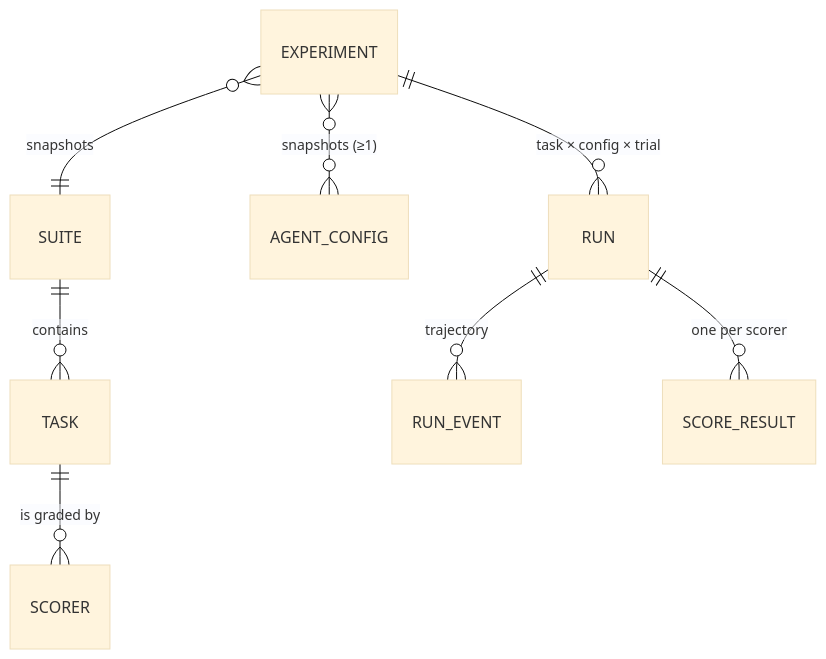
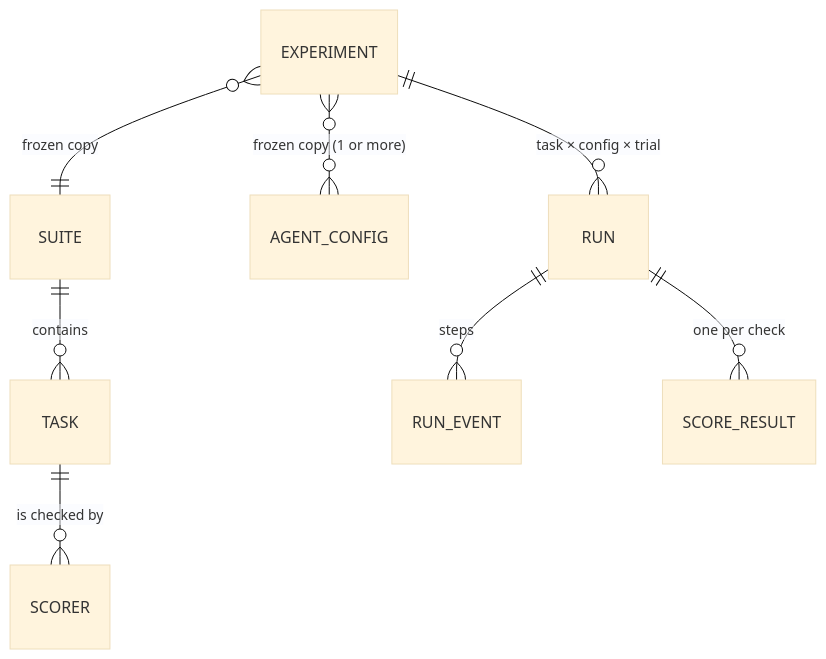
The second of 2 diagrams in docs/DESIGN.md (Anubhavjain786/agent-evals-platform), drawn with Mermaid (base theme) before and after one commit. The commit also changed other lines of this file and 18 other files, not shown here.

````diff
--- a/docs/DESIGN.md
+++ b/docs/DESIGN.md
@@ -100,10 +105,10 @@
 ```mermaid
 erDiagram
   SUITE ||--o{ TASK : contains
-  TASK ||--o{ SCORER : "is graded by"
-  EXPERIMENT }o--|| SUITE : "snapshots"
-  EXPERIMENT }o--o{ AGENT_CONFIG : "snapshots (≥1)"
+  TASK ||--o{ SCORER : "is checked by"
+  EXPERIMENT }o--|| SUITE : "frozen copy"
+  EXPERIMENT }o--o{ AGENT_CONFIG : "frozen copy (1 or more)"
   EXPERIMENT ||--o{ RUN : "task × config × trial"
-  RUN ||--o{ RUN_EVENT : trajectory
-  RUN ||--o{ SCORE_RESULT : "one per scorer"
+  RUN ||--o{ RUN_EVENT : "steps"
+  RUN ||--o{ SCORE_RESULT : "one per check"
 ```
````
